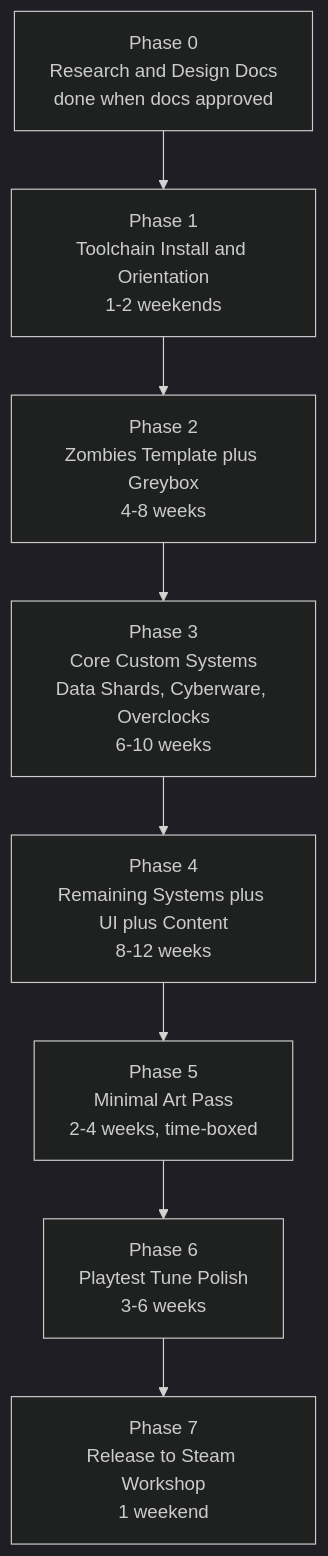
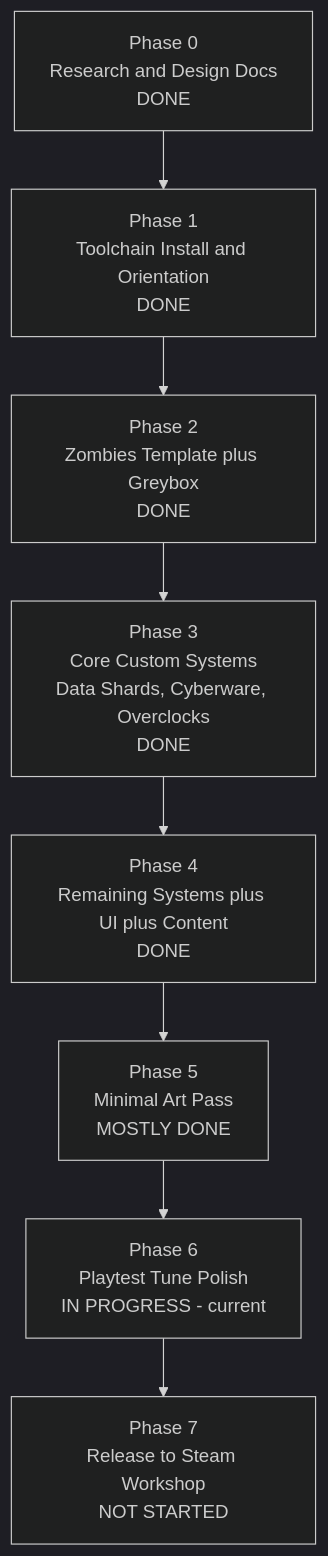
One commit to JordanUrbaezLu/abandoned_cyber_city_zombies changed the diagram in ROADMAP.md. Above: the diagram before and after it, drawn with Mermaid (dark theme). The commit also changed other lines of this file and 333 other files, not shown here.

````diff
--- a/ROADMAP.md
+++ b/ROADMAP.md
@@ -5,13 +14,13 @@
 ```mermaid
 flowchart TD
-    P0[Phase 0<br/>Research and Design Docs<br/>done when docs approved]
-    P1[Phase 1<br/>Toolchain Install and Orientation<br/>1-2 weekends]
-    P2[Phase 2<br/>Zombies Template plus Greybox<br/>4-8 weeks]
-    P3[Phase 3<br/>Core Custom Systems<br/>Data Shards, Cyberware, Overclocks<br/>6-10 weeks]
-    P4[Phase 4<br/>Remaining Systems plus UI plus Content<br/>8-12 weeks]
-    P5[Phase 5<br/>Minimal Art Pass<br/>2-4 weeks, time-boxed]
-    P6[Phase 6<br/>Playtest Tune Polish<br/>3-6 weeks]
-    P7[Phase 7<br/>Release to Steam Workshop<br/>1 weekend]
+    P0[Phase 0<br/>Research and Design Docs<br/>DONE]
+    P1[Phase 1<br/>Toolchain Install and Orientation<br/>DONE]
+    P2[Phase 2<br/>Zombies Template plus Greybox<br/>DONE]
+    P3[Phase 3<br/>Core Custom Systems<br/>Data Shards, Cyberware, Overclocks<br/>DONE]
+    P4[Phase 4<br/>Remaining Systems plus UI plus Content<br/>DONE]
+    P5[Phase 5<br/>Minimal Art Pass<br/>MOSTLY DONE]
+    P6[Phase 6<br/>Playtest Tune Polish<br/>IN PROGRESS - current]
+    P7[Phase 7<br/>Release to Steam Workshop<br/>NOT STARTED]
 
     P0 --> P1 --> P2 --> P3 --> P4 --> P5 --> P6 --> P7
 ```
````
